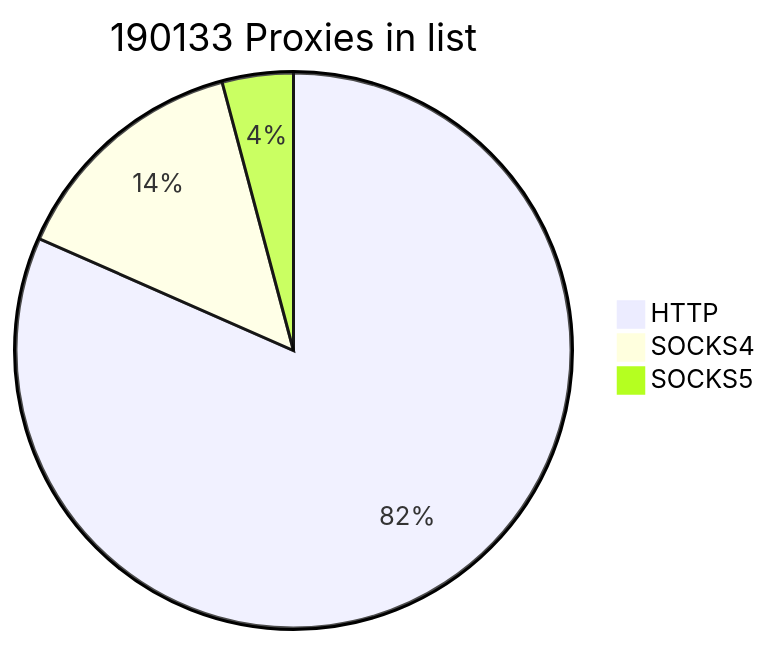
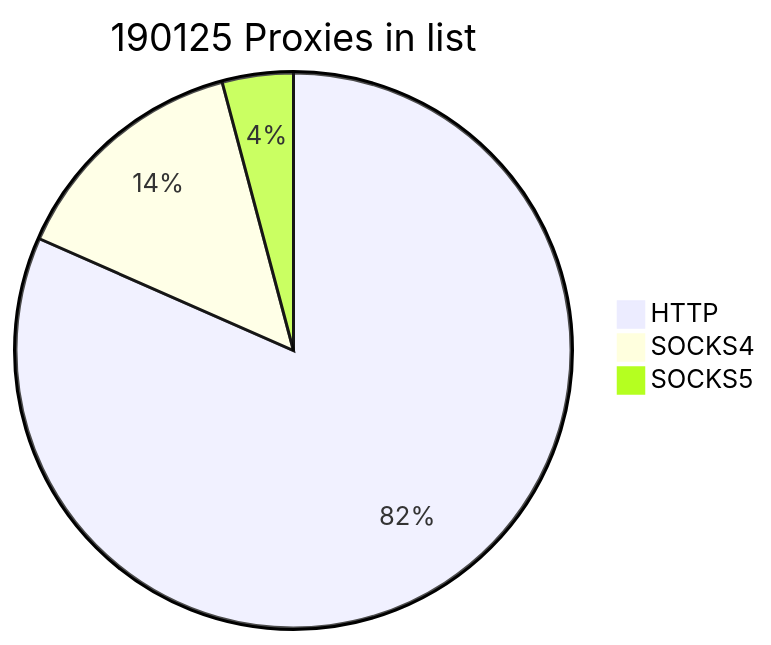
Before and after one commit to cutipu/proxylist: the first of 2 diagrams in README.md, drawn with Mermaid. The commit also changed other lines of this file, not shown here.

````diff
--- a/README.md
+++ b/README.md
@@ -2,7 +2,7 @@
 ```mermaid
-pie title 190133 Proxies in list
+pie title 190125 Proxies in list
     "HTTP" : 155135
-    "SOCKS4" : 27130
-    "SOCKS5" : 7868
+    "SOCKS4" : 27127
+    "SOCKS5" : 7863
             
 ```
````
